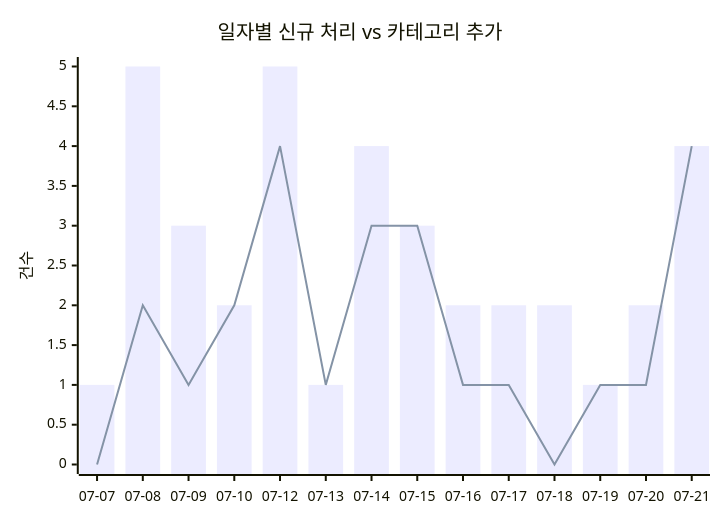
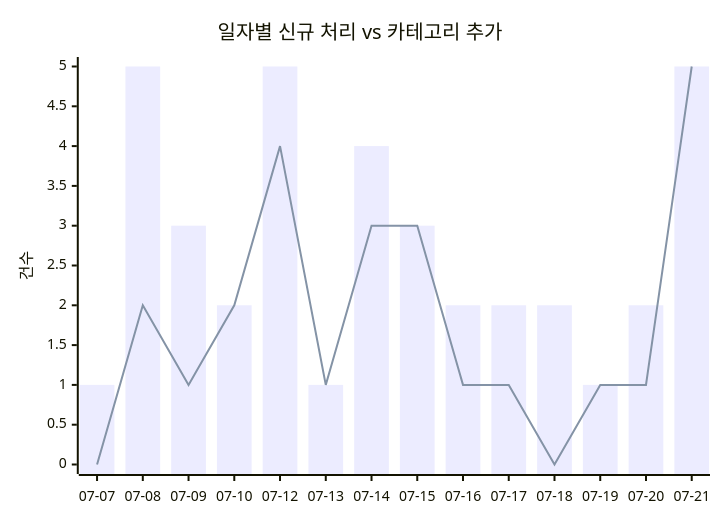
The first of 2 diagrams in docs/trends.md (J-nowcow/awesome-korean-agent-skills), drawn with Mermaid before and after one commit. The commit also changed other lines of this file and 4 other files, not shown here.

````diff
--- a/docs/trends.md
+++ b/docs/trends.md
@@ -32,8 +32,8 @@
 ```mermaid
 xychart-beta
     title "일자별 신규 처리 vs 카테고리 추가"
     x-axis ["07-07","07-08","07-09","07-10","07-12","07-13","07-14","07-15","07-16","07-17","07-18","07-19","07-20","07-21"]
     y-axis "건수"
-    bar [1,5,3,2,5,1,4,3,2,2,2,1,2,4]
-    line [0,2,1,2,4,1,3,3,1,1,0,1,1,4]
+    bar [1,5,3,2,5,1,4,3,2,2,2,1,2,5]
+    line [0,2,1,2,4,1,3,3,1,1,0,1,1,5]
 ```
````
